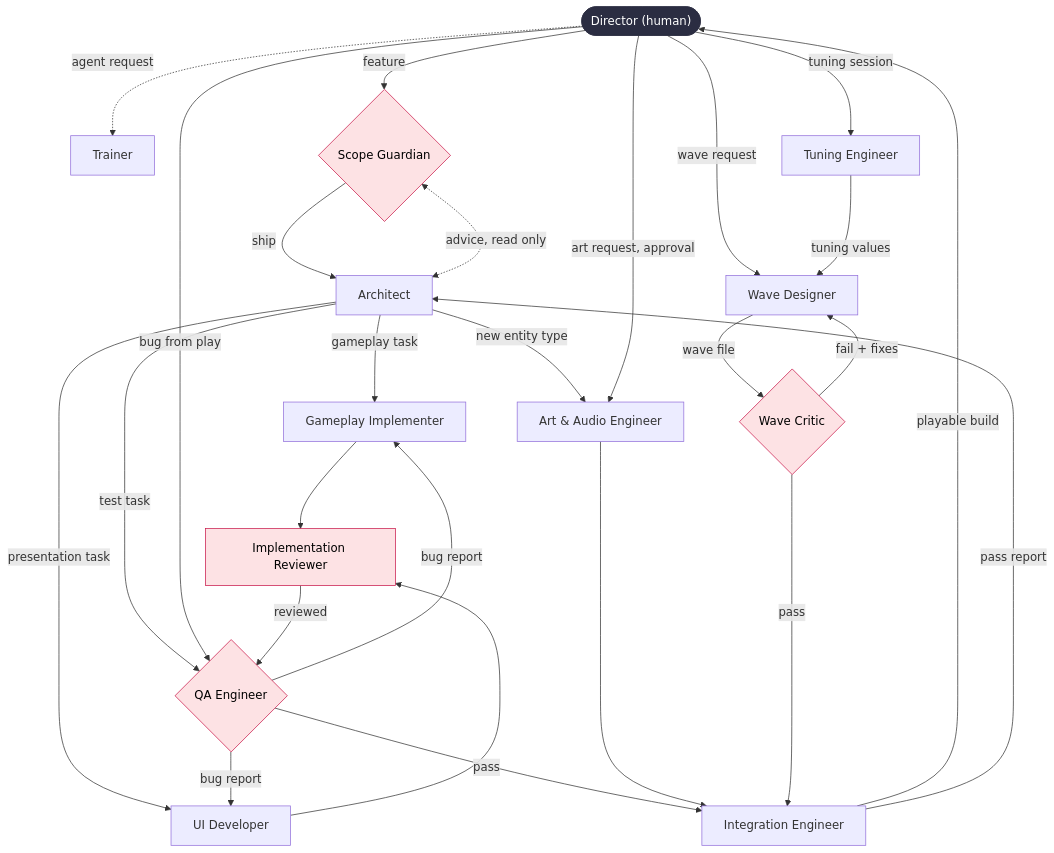
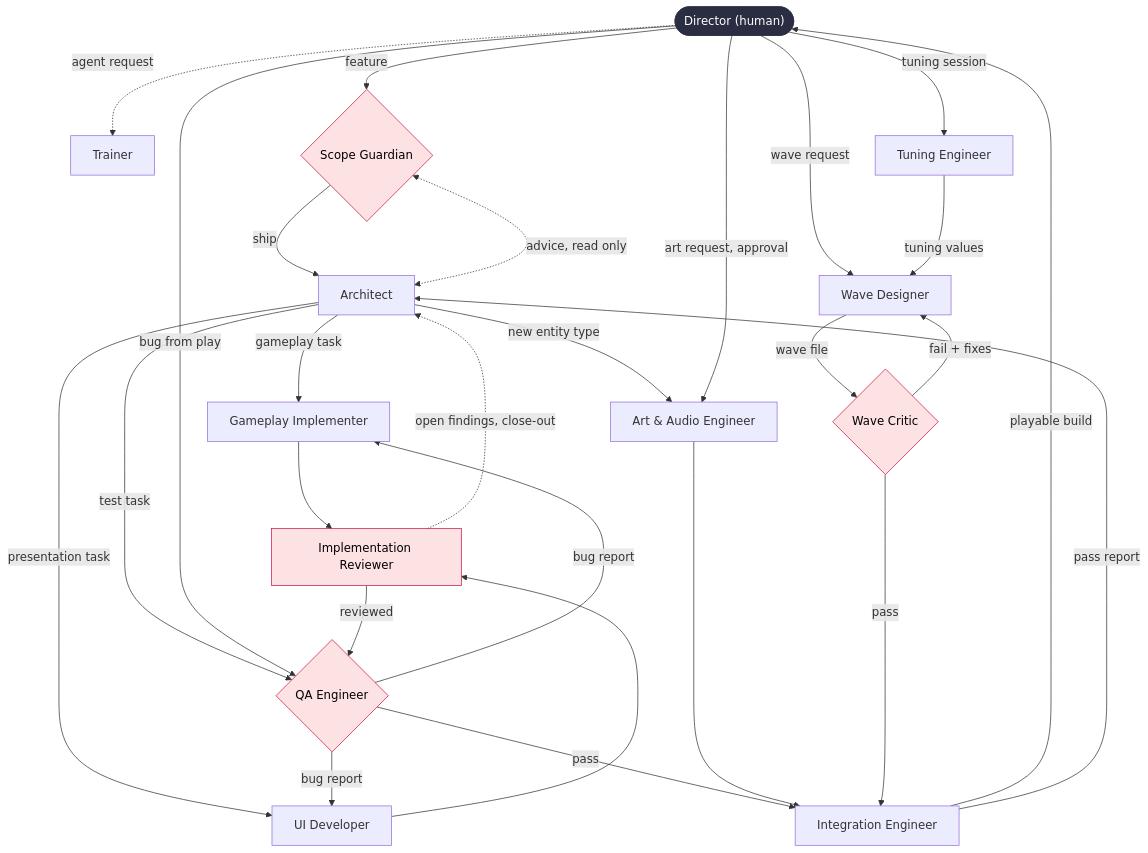
Before and after one commit to david-mntl/driftward-ace: the diagram in docs/crew/roster.md, drawn with Mermaid. The commit also changed other lines of this file, not shown here.

Commit message:
docs(crew): show review findings feeding the Architect close-out

````diff
--- a/docs/crew/roster.md
+++ b/docs/crew/roster.md
@@ -7,47 +7,48 @@
 ```mermaid
 flowchart TD
     D(["Director (human)"])
     T["Trainer"]
     SG{"Scope Guardian"}
     AR["Architect"]
     GI["Gameplay Implementer"]
     UI["UI Developer"]
     AA["Art & Audio Engineer"]
     IR["Implementation Reviewer"]
     QA{"QA Engineer"}
     IE["Integration Engineer"]
     TE["Tuning Engineer"]
     WD["Wave Designer"]
     WC{"Wave Critic"}
 
     D -.->|agent request| T
     D -->|feature| SG
     SG -->|ship| AR
     SG <-.->|advice, read only| AR
     AR -->|gameplay task| GI
     AR -->|presentation task| UI
     AR -->|new entity type| AA
     AR -->|test task| QA
     D -->|bug from play| QA
     GI --> IR
     UI --> IR
     IR -->|reviewed| QA
     QA -->|bug report| GI
     QA -->|bug report| UI
     QA -->|pass| IE
     AA --> IE
     D -->|tuning session| TE
     D -->|wave request| WD
     D -->|art request, approval| AA
     TE -->|tuning values| WD
     WD -->|wave file| WC
     WC -->|fail + fixes| WD
     WC -->|pass| IE
     IE -->|playable build| D
     IE -->|pass report| AR
+    IR -.->|open findings, close-out| AR
 
     classDef human fill:#2b2d42,color:#fff,stroke:#2b2d42
     classDef critic fill:#fde2e4,stroke:#c9184a,color:#000
     class D human
     class SG,QA,WC,IR critic
 ```
````
